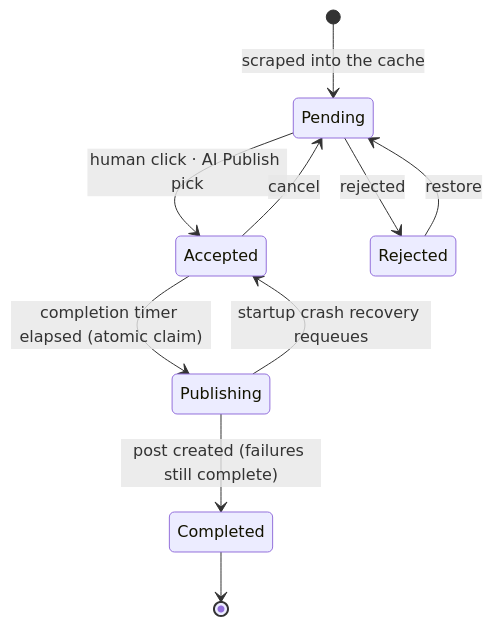
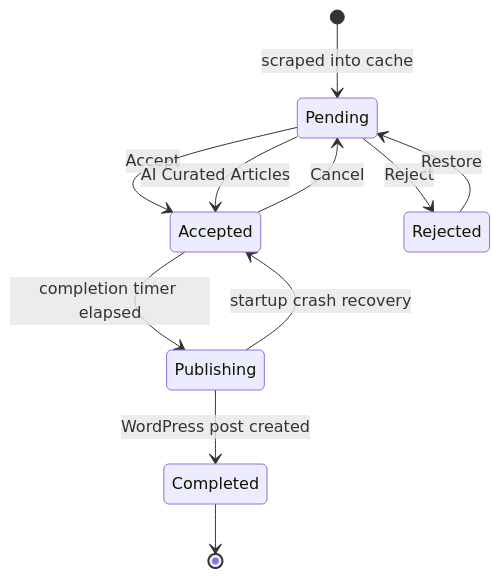
One commit to MidHunterX/News-Flow changed the first of 2 diagrams in README.md. Above: the diagram before and after it, drawn with Mermaid. The commit also changed other lines of this file, not shown here.

Commit message:
📝 docs(readme): clarify the article state diagram and cover example
State the Accept/Reject/Restore transitions and their triggers
(human click vs AI Publish) explicitly, and fix the cover image
path example to match the actual downloaded filenames.

🤖 Generated with Codebuff

````diff
--- a/README.md
+++ b/README.md
@@ -28,12 +28,13 @@
 ```mermaid
 stateDiagram-v2
-    [*] --> Pending: scraped into the cache
-    Pending --> Accepted: human click · AI Publish pick
-    Pending --> Rejected: rejected
-    Rejected --> Pending: restore
-    Accepted --> Pending: cancel
-    Accepted --> Publishing: completion timer elapsed (atomic claim)
-    Publishing --> Completed: post created (failures still complete)
-    Publishing --> Accepted: startup crash recovery requeues
+    [*] --> Pending: scraped into cache
+    Pending --> Accepted: Accept
+    Pending --> Accepted: AI Curated Articles
+    Pending --> Rejected: Reject
+    Rejected --> Pending: Restore
+    Accepted --> Pending: Cancel
+    Accepted --> Publishing: completion timer elapsed
+    Publishing --> Completed: WordPress post created
+    Publishing --> Accepted: startup crash recovery
     Completed --> [*]
 ```
````
